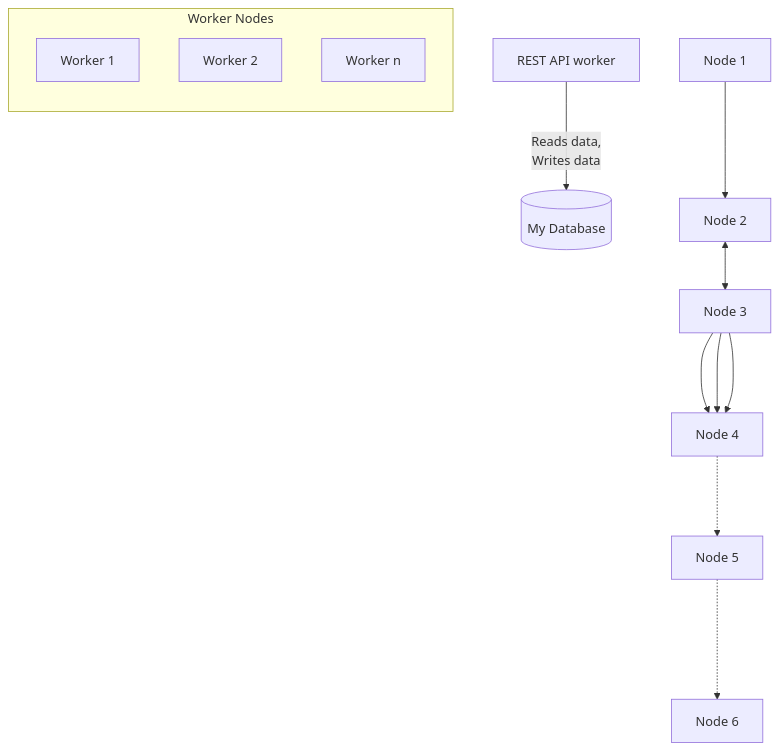
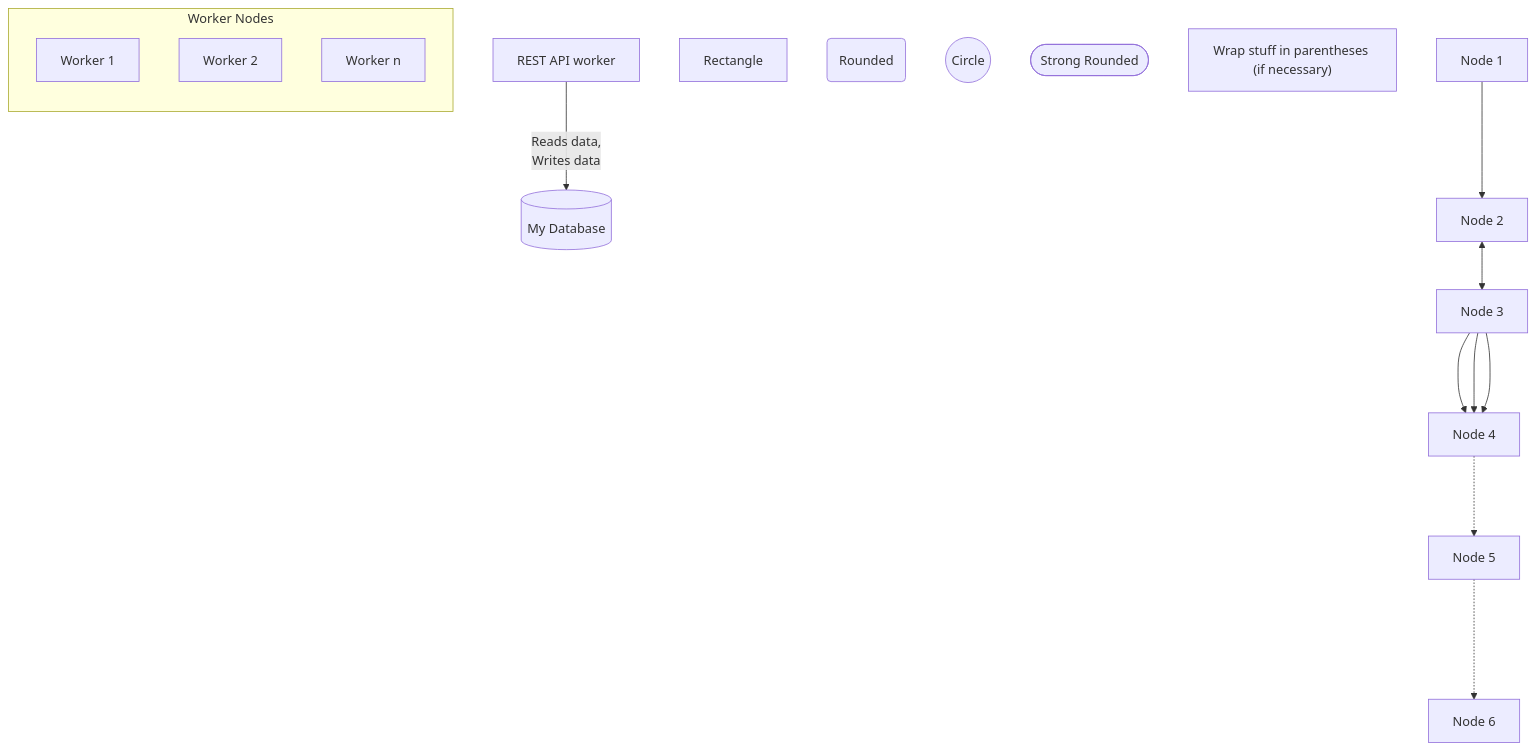
The first of 2 diagrams in mermaid_proto.md (langenhagen/protofiles), drawn with Mermaid before and after one commit.

Commit message:
Extend mermaid_proto.md

````diff
--- a/mermaid_proto.md
+++ b/mermaid_proto.md
@@ -6,37 +6,45 @@
 ```mermaid
 %% Ima comment
 
 %% top-down
 graph TB
 %% TB - top bottom
 %% BT - bottom top
 %% RL - right left
 %% LR - left right
 %% TD - same as TB
 
 API[REST API worker]
 DB[(My Database)]
 API -->|Reads data,\nWrites data| DB
+
+A1[Rectangle]
+A2(Rounded)
+A3((Circle))
+A4[(Database)]
+A4([Strong Rounded])
+
+B1["Wrap stuff in parentheses (if necessary)"]
 
 subgraph W[Worker Nodes]
     direction TB  %% apparently, TD does not work in directions
     W1[Worker 1]
     W2[Worker 2]
     Wn[Worker n]
 end
 
 N1[Node 1]:::This_is_a_description_dont_know_what_its_good_for
 N2[Node 2]
 N3[Node 3]
 N4[Node 4]
 N5[Node 5]
 N6[Node 6]
 
 N1 --> N2
 N2 <--> N3
 N3 ---> N4
 N3 ---> N4
 N3 ---> N4
 N4 -..-> N5
 N5 ...-> N6
 ```
````
